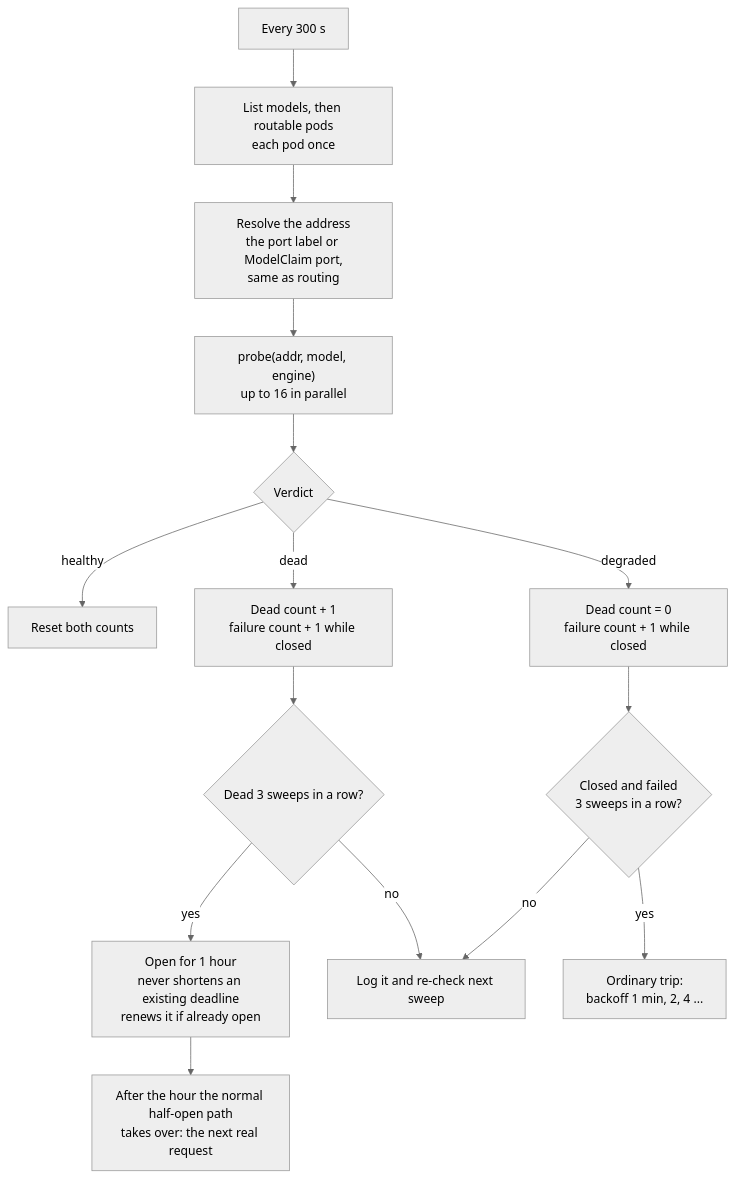
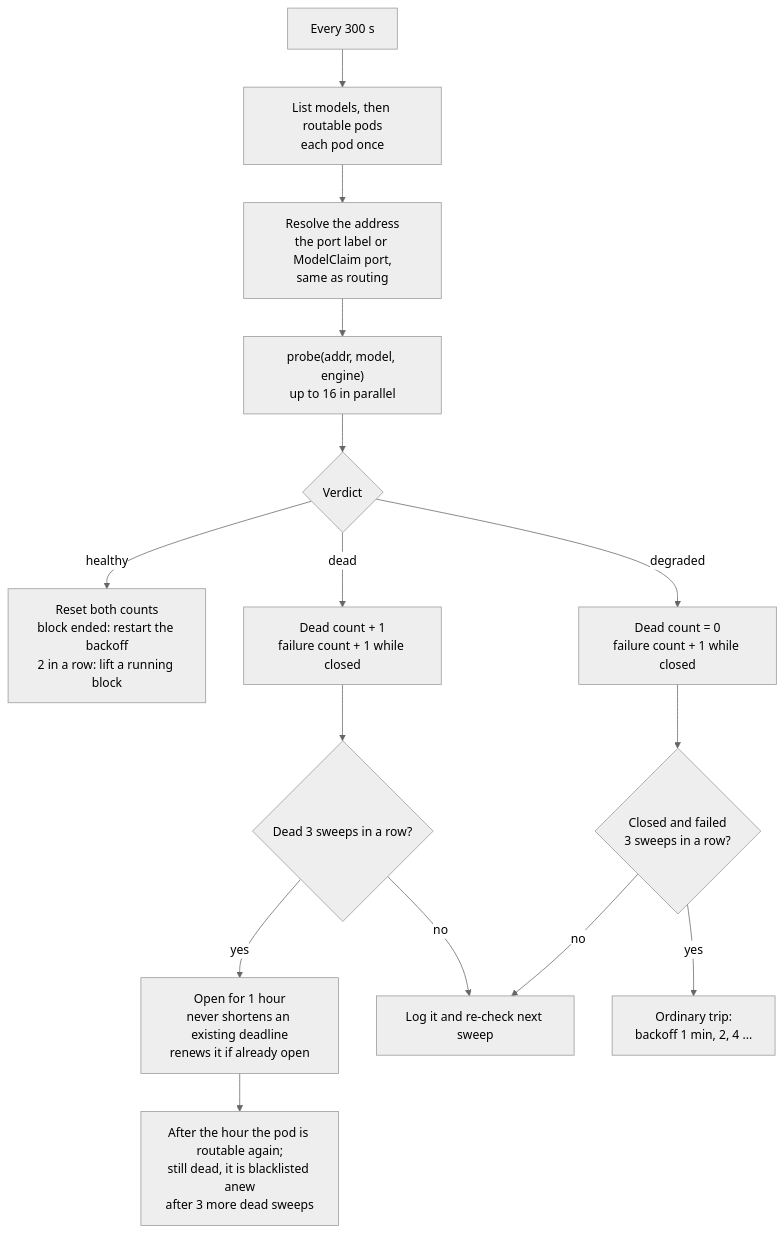
One commit to vllm-project/aibrix changed the third of 3 diagrams in pkg/plugins/gateway/blacklist/README.md. Above: the diagram before and after it, drawn with Mermaid (neutral theme). The commit also changed other lines of this file and 25 other files, not shown here.

First line of the commit message:
[Feat] Drop request-driven pod blacklisting and harden the probe sweep

````diff
--- a/pkg/plugins/gateway/blacklist/README.md
+++ b/pkg/plugins/gateway/blacklist/README.md
@@ -190,17 +119,17 @@
 ```mermaid
 flowchart TD
     T["Every 300 s"] --> L["List models, then routable pods<br/>each pod once"]
     L --> A["Resolve the address<br/>the port label or ModelClaim port,<br/>same as routing"]
     A --> P["probe(addr, model, engine)<br/>up to 16 in parallel"]
     P --> V{"Verdict"}
-    V -->|healthy| Reset["Reset both counts"]
+    V -->|healthy| Reset["Reset both counts<br/>block ended: restart the backoff<br/>2 in a row: lift a running block"]
     V -->|degraded| Dg["Dead count = 0<br/>failure count + 1 while closed"]
     V -->|dead| Dd["Dead count + 1<br/>failure count + 1 while closed"]
     Dd --> DN{"Dead 3 sweeps in a row?"}
     DN -->|yes| BL["Open for 1 hour<br/>never shortens an existing deadline<br/>renews it if already open"]
     DN -->|no| Wait["Log it and re-check next sweep"]
     Dg --> GN{"Closed and failed<br/>3 sweeps in a row?"}
     GN -->|yes| Tr["Ordinary trip:<br/>backoff 1 min, 2, 4 ..."]
     GN -->|no| Wait
-    BL --> Rec["After the hour the normal half-open path<br/>takes over: the next real request"]
+    BL --> Rec["After the hour the pod is routable again;<br/>still dead, it is blacklisted anew<br/>after 3 more dead sweeps"]
 ```
````
